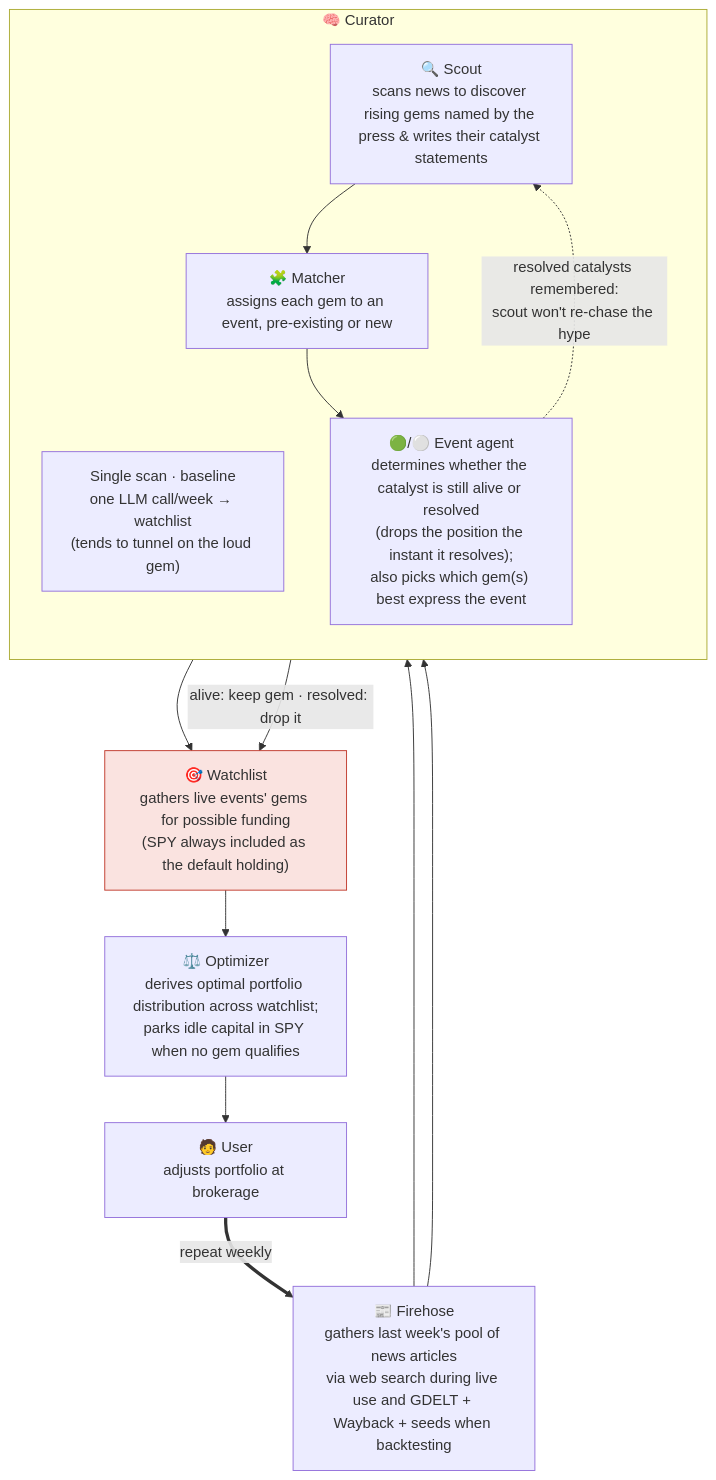
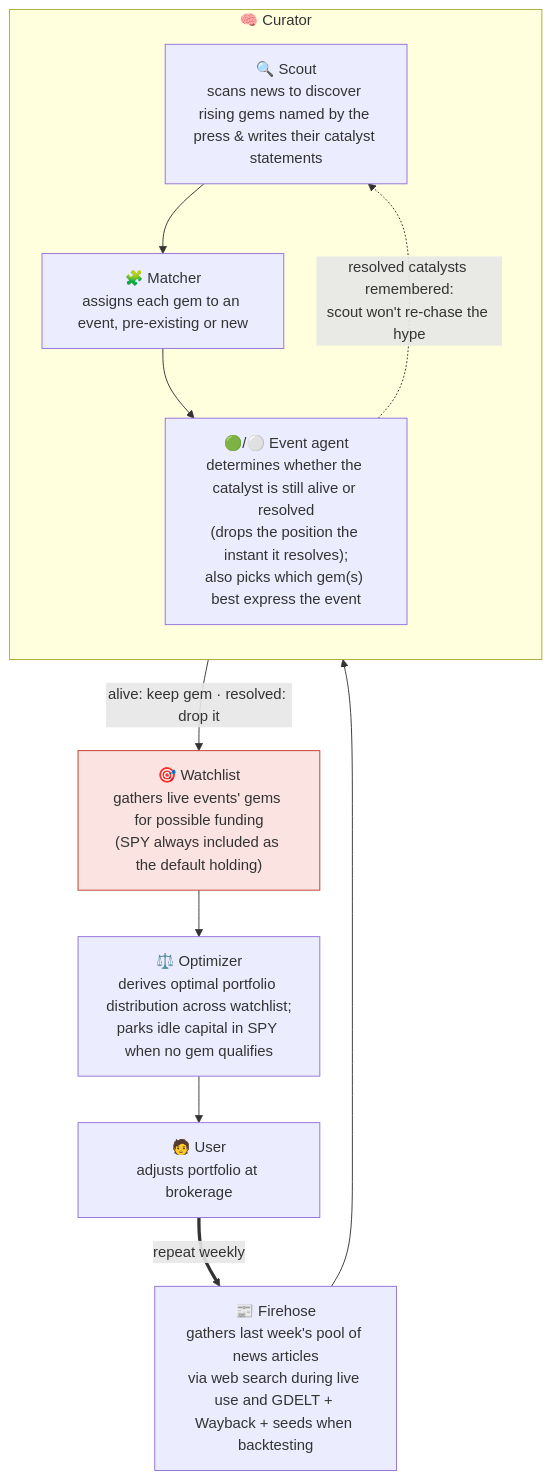
Before and after one commit to joehahn/geo-herd-rider: the diagram in README.md, drawn with Mermaid.

Commit message:
README diagram: drop single-scan baseline node so firehose feeds the curator via one clean line

````diff
--- a/README.md
+++ b/README.md
@@ -18,28 +18,25 @@
 ```mermaid
 flowchart TD
     S["📰 Firehose<br/>gathers last week's pool of news articles<br/>via web search during live use and GDELT + Wayback + seeds when backtesting"]
 
     subgraph CUR["🧠 Curator"]
       direction TB
-      SS["Single scan · baseline<br/>one LLM call/week → watchlist<br/>(tends to tunnel on the loud gem)"]
       SC["🔍 Scout<br/>scans news to discover rising gems named by the press & writes their catalyst statements"]
       MA["🧩 Matcher<br/>assigns each gem to an event, pre-existing or new"]
       AG["🟢/⚪ Event agent<br/>determines whether the catalyst is still alive or resolved<br/>(drops the position the instant it resolves);<br/>also picks which gem(s) best express the event"]
       SC --> MA --> AG
     end
 
     E["🎯 Watchlist<br/>gathers live events' gems for possible funding<br/>(SPY always included as the default holding)"]
     W["⚖️ Optimizer<br/>derives optimal portfolio distribution across watchlist;<br/>parks idle capital in SPY when no gem qualifies"]
     U["🧑 User<br/>adjusts portfolio at brokerage"]
 
-    S --> SS
     S --> SC
-    SS --> E
     AG -- "alive: keep gem · resolved: drop it" --> E
     AG -. "resolved catalysts remembered:<br/>scout won't re-chase the hype" .-> SC
     E --> W --> U
     U == "repeat weekly" ==> S
 
     classDef bet fill:#fae3e0,stroke:#c0392b;
     class E bet
 ```
````
